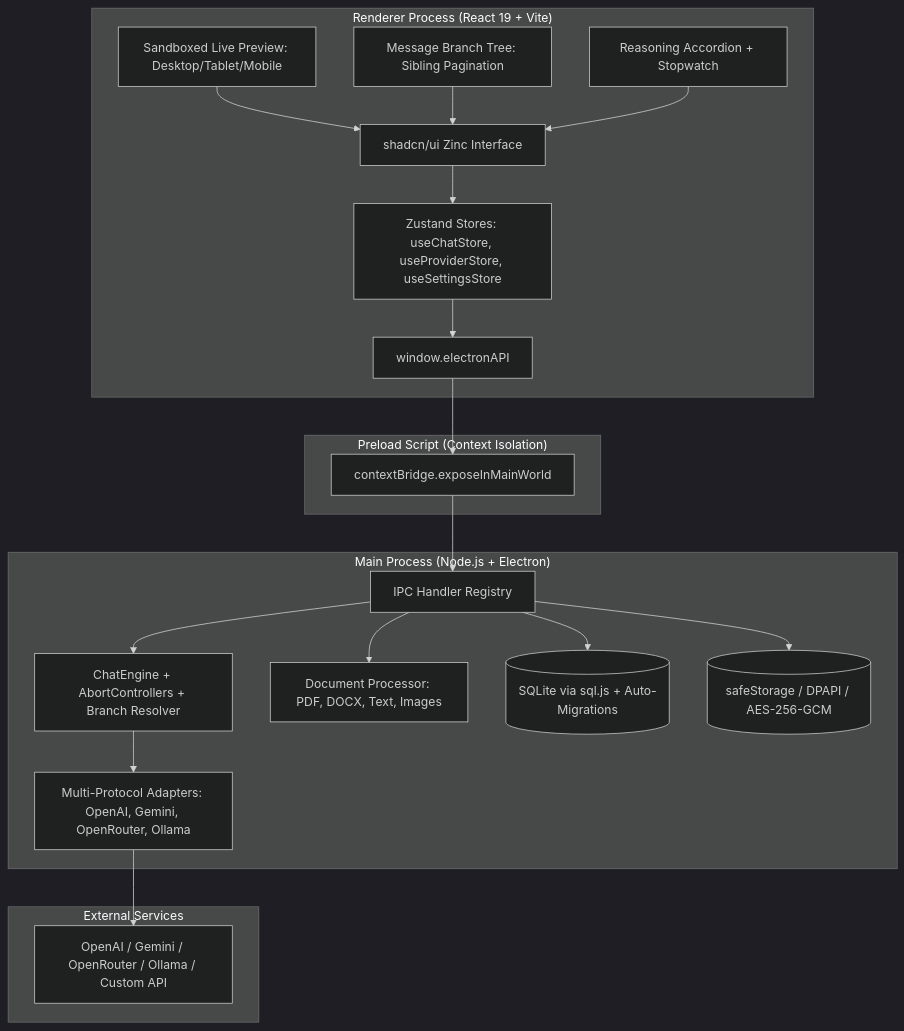
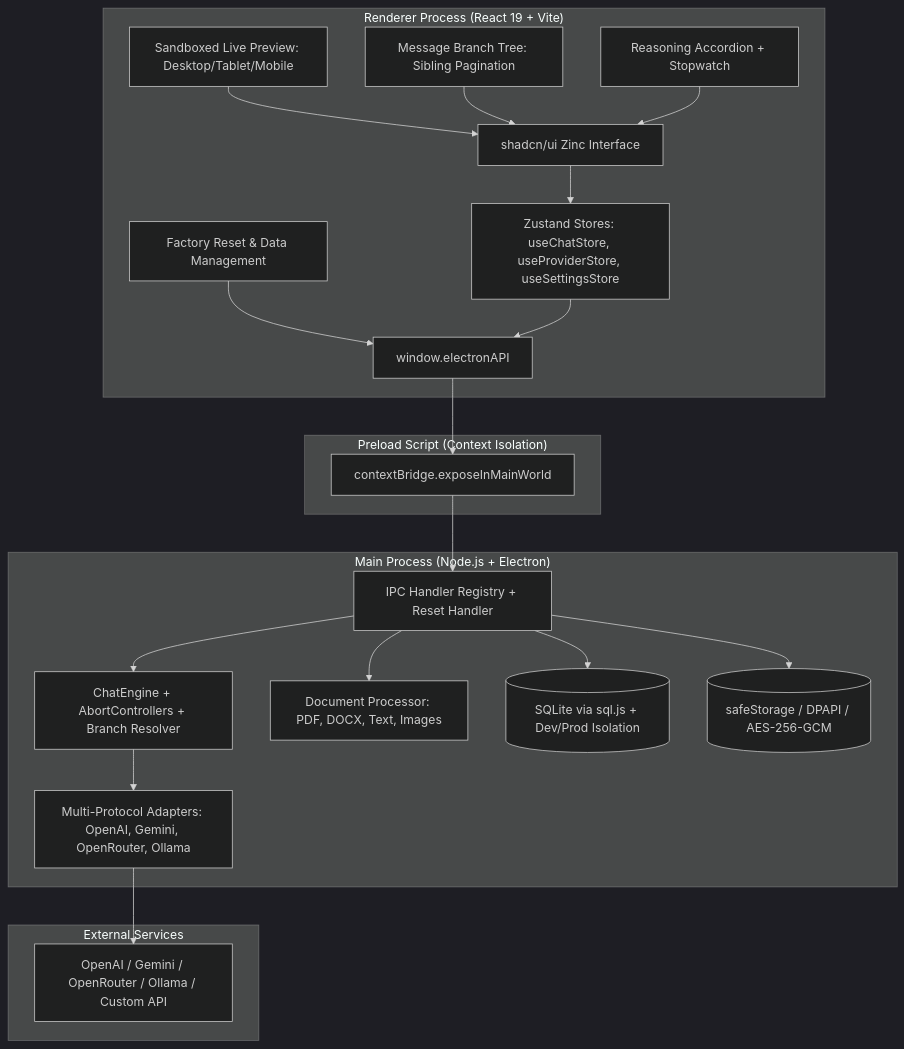
Before and after one commit to brick-24/box-llm-ui: the diagram in README.md, drawn with Mermaid (dark theme). The commit also changed other lines of this file and 8 other files, not shown here.

````diff
--- a/README.md
+++ b/README.md
@@ -65,42 +71,44 @@
 ```mermaid
 graph TD
     subgraph Renderer ["Renderer Process (React 19 + Vite)"]
         UI[shadcn/ui Zinc Interface]
         Artifacts[Sandboxed Live Preview: Desktop/Tablet/Mobile]
         Branching[Message Branch Tree: Sibling Pagination]
         Thinking[Reasoning Accordion + Stopwatch]
+        DangerZone[Factory Reset & Data Management]
         Zustand[Zustand Stores: useChatStore, useProviderStore, useSettingsStore]
         Bridge[window.electronAPI]
     end
 
     subgraph Preload ["Preload Script (Context Isolation)"]
         CB[contextBridge.exposeInMainWorld]
     end
 
     subgraph Main ["Main Process (Node.js + Electron)"]
-        IPC[IPC Handler Registry]
+        IPC[IPC Handler Registry + Reset Handler]
         Engine[ChatEngine + AbortControllers + Branch Resolver]
         DocProc[Document Processor: PDF, DOCX, Text, Images]
         Adapters[Multi-Protocol Adapters: OpenAI, Gemini, OpenRouter, Ollama]
-        DB[(SQLite via sql.js + Auto-Migrations)]
+        DB[(SQLite via sql.js + Dev/Prod Isolation)]
         Keyring[(safeStorage / DPAPI / AES-256-GCM)]
     end
 
     subgraph External ["External Services"]
         APIs[OpenAI / Gemini / OpenRouter / Ollama / Custom API]
     end
 
     UI --> Zustand
     Artifacts --> UI
     Branching --> UI
     Thinking --> UI
+    DangerZone --> Bridge
     Zustand --> Bridge
     Bridge --> CB
     CB --> IPC
     IPC --> Engine
     IPC --> DocProc
     IPC --> DB
     IPC --> Keyring
     Engine --> Adapters
     Adapters --> APIs
 ```
````
